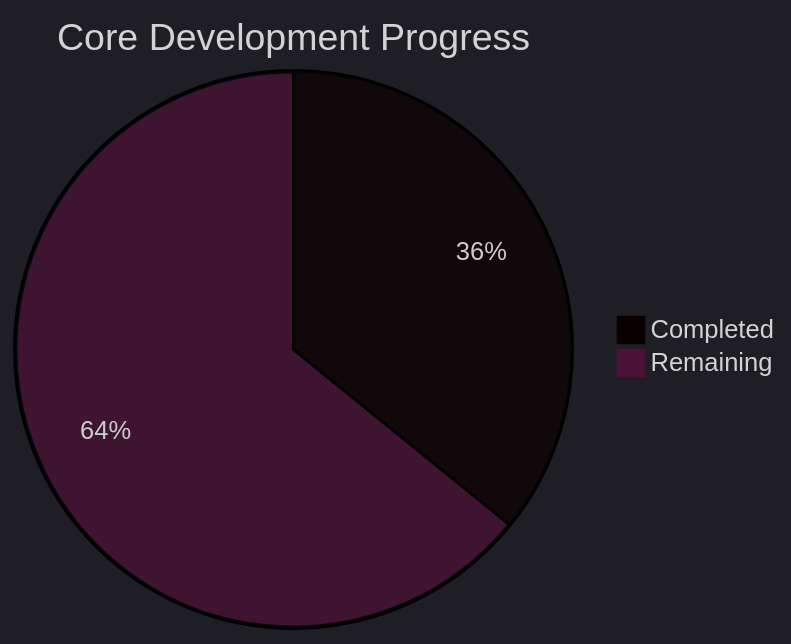
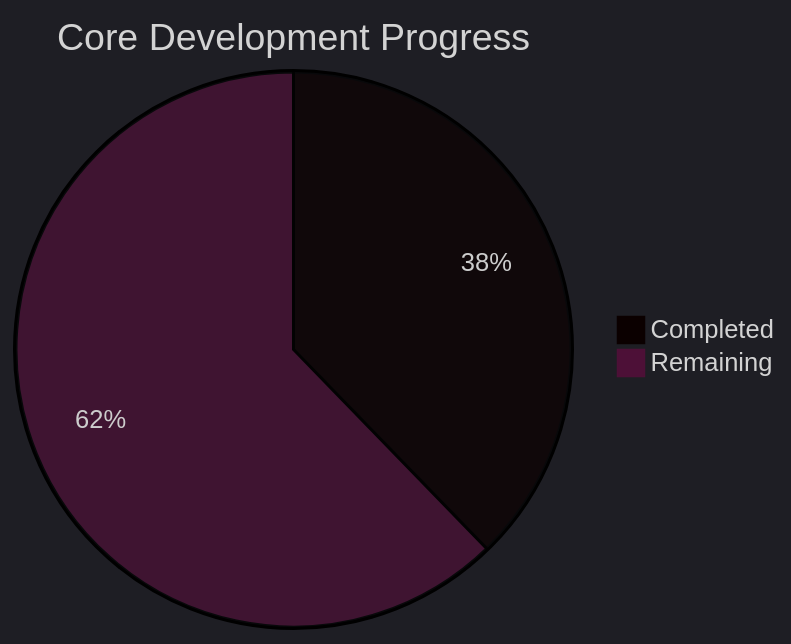
One commit to Neogleamz/SK8Lytz changed the first of 5 diagrams in tools/SK8Lytz_Bucket_List.md. Above: the diagram before and after it, drawn with Mermaid. The commit also changed other lines of this file and 4 other files, not shown here.

````diff
--- a/tools/SK8Lytz_Bucket_List.md
+++ b/tools/SK8Lytz_Bucket_List.md
@@ -9,6 +9,6 @@
 ```mermaid
 %%{init: {'theme': 'dark'}}%%
 pie title Core Development Progress
-  "Completed" : 19
-  "Remaining" : 34
+  "Completed" : 20
+  "Remaining" : 33
 ```
````
